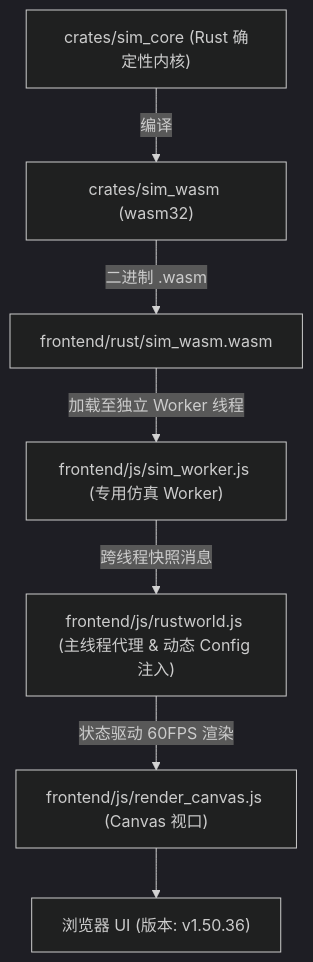
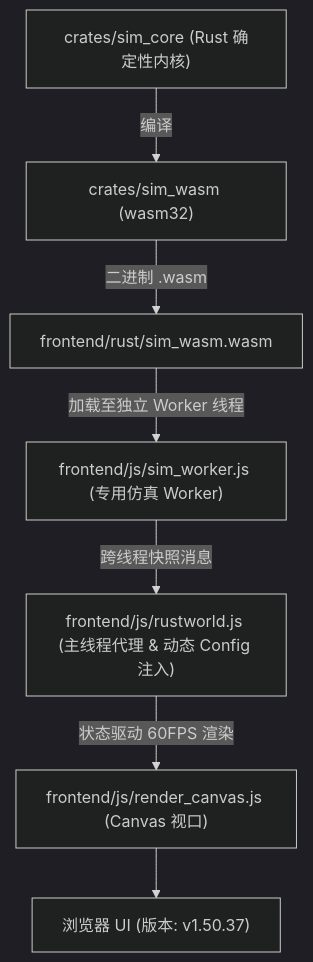
The diagram in AGENTS.md (g39088902/FlowAndAccord), drawn with Mermaid (dark theme) before and after one commit. The commit also changed other lines of this file and 20 other files, not shown here.

````diff
--- a/AGENTS.md
+++ b/AGENTS.md
@@ -61,9 +61,9 @@
 ```mermaid
 graph TD
     A["crates/sim_core (Rust 确定性内核)"] -->|编译| B["crates/sim_wasm (wasm32)"]
     B -->|二进制 .wasm| C["frontend/rust/sim_wasm.wasm"]
     C -->|加载至独立 Worker 线程| D["frontend/js/sim_worker.js (专用仿真 Worker)"]
     D -->|跨线程快照消息| E["frontend/js/rustworld.js (主线程代理 & 动态 Config 注入)"]
     E -->|状态驱动 60FPS 渲染| F["frontend/js/render_canvas.js (Canvas 视口)"]
-    F --> G["浏览器 UI (版本: v1.50.36)"]
+    F --> G["浏览器 UI (版本: v1.50.37)"]
 ```
````
